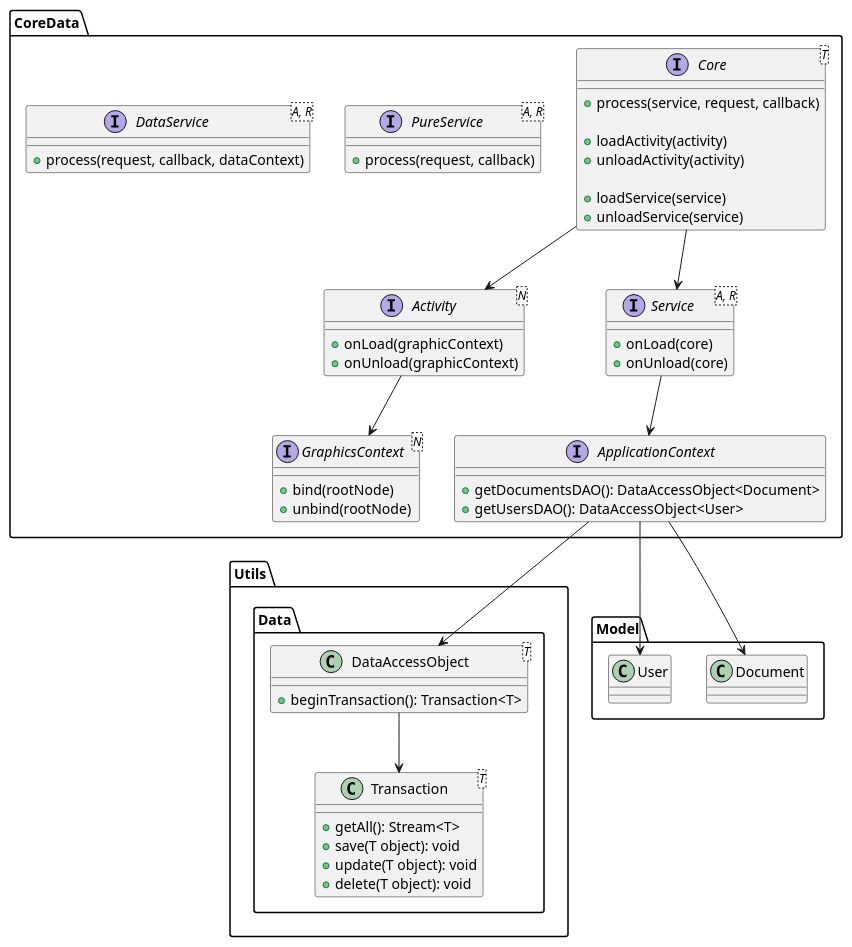
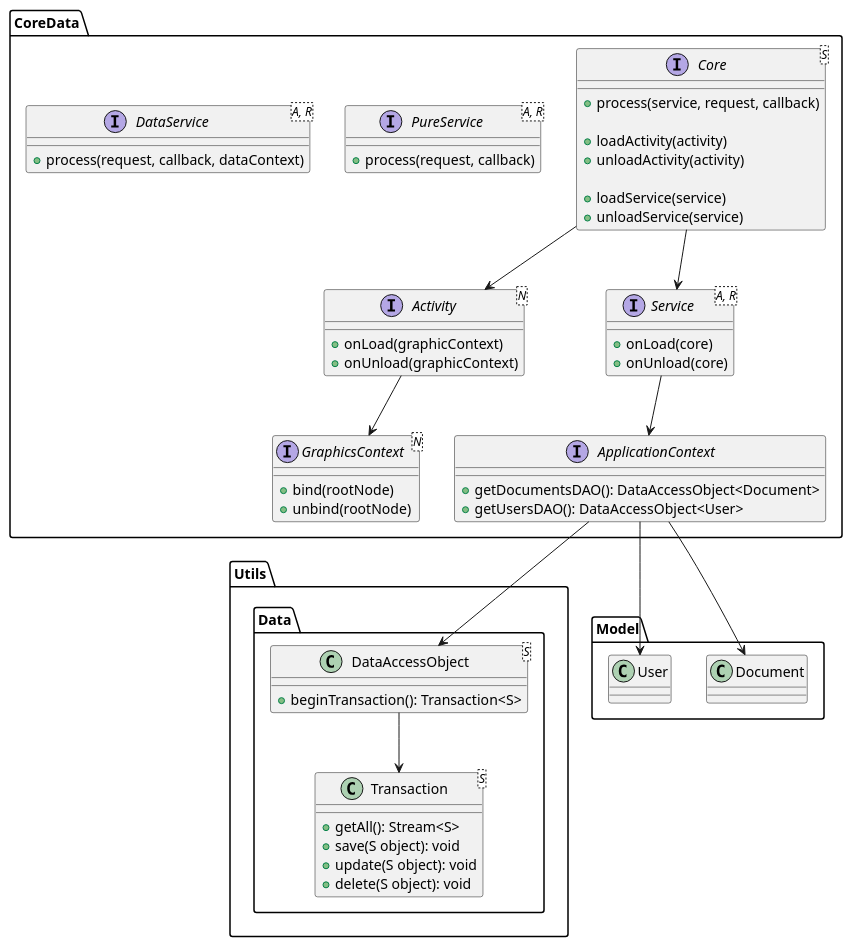
The diagram in docs/architecture/class-diagram.puml (woodgoblin/archive-manager), drawn with PlantUML before and after one commit. The commit also changed 5 other files, not shown here.

```diff
--- a/docs/architecture/class-diagram.puml
+++ b/docs/architecture/class-diagram.puml
@@ -1,84 +1,84 @@
 @startuml
 
 package CoreData {
 
-    interface Core<T> {
+    interface Core<S> {
         +process(service, request, callback)
 
         +loadActivity(activity)
         +unloadActivity(activity)
 
         +loadService(service)
         +unloadService(service)
     }
 
     interface GraphicsContext<N> {
         +bind(rootNode)
         +unbind(rootNode)
     }
 
     interface ApplicationContext {
         +getDocumentsDAO(): DataAccessObject<Document>
         +getUsersDAO(): DataAccessObject<User>
     }
 
     interface Activity<N> {
         +onLoad(graphicContext)
         +onUnload(graphicContext)
     }
 
     interface Service<A, R> {
         +onLoad(core)
         +onUnload(core)
     }
 
     interface PureService<A, R> {
         +process(request, callback)
     }
 
     interface DataService<A, R> {
         +process(request, callback, dataContext)
     }
 
 }
 
 package Utils {
 
     package Data {
 
-        class DataAccessObject<T> {
-            +beginTransaction(): Transaction<T>
+        class DataAccessObject<S> {
+            +beginTransaction(): Transaction<S>
         }
 
-        class Transaction<T> {
-            +getAll(): Stream<T>
-            +save(T object): void
-            +update(T object): void
-            +delete(T object): void
+        class Transaction<S> {
+            +getAll(): Stream<S>
+            +save(S object): void
+            +update(S object): void
+            +delete(S object): void
         }
 
     }
 }
 
 package Model {
 
     class Document {
 
     }
 
     class User {
 
     }
 
 }
 
 Core --> Activity
 Core --> Service
 Activity --> GraphicsContext
 Service --> ApplicationContext
 ApplicationContext --> DataAccessObject
 ApplicationContext --> User
 ApplicationContext --> Document
 DataAccessObject --> Transaction
 
 @enduml
```
